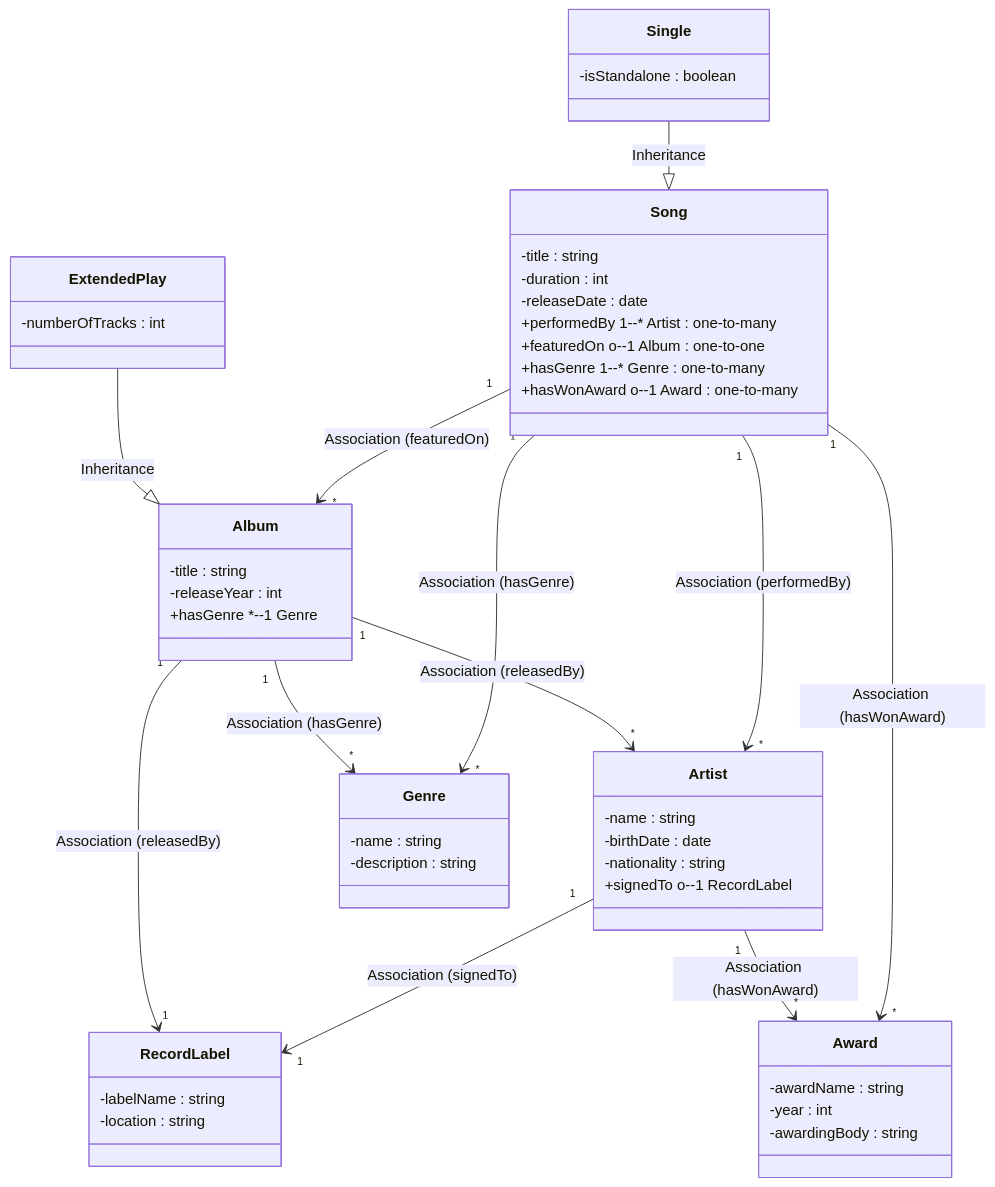
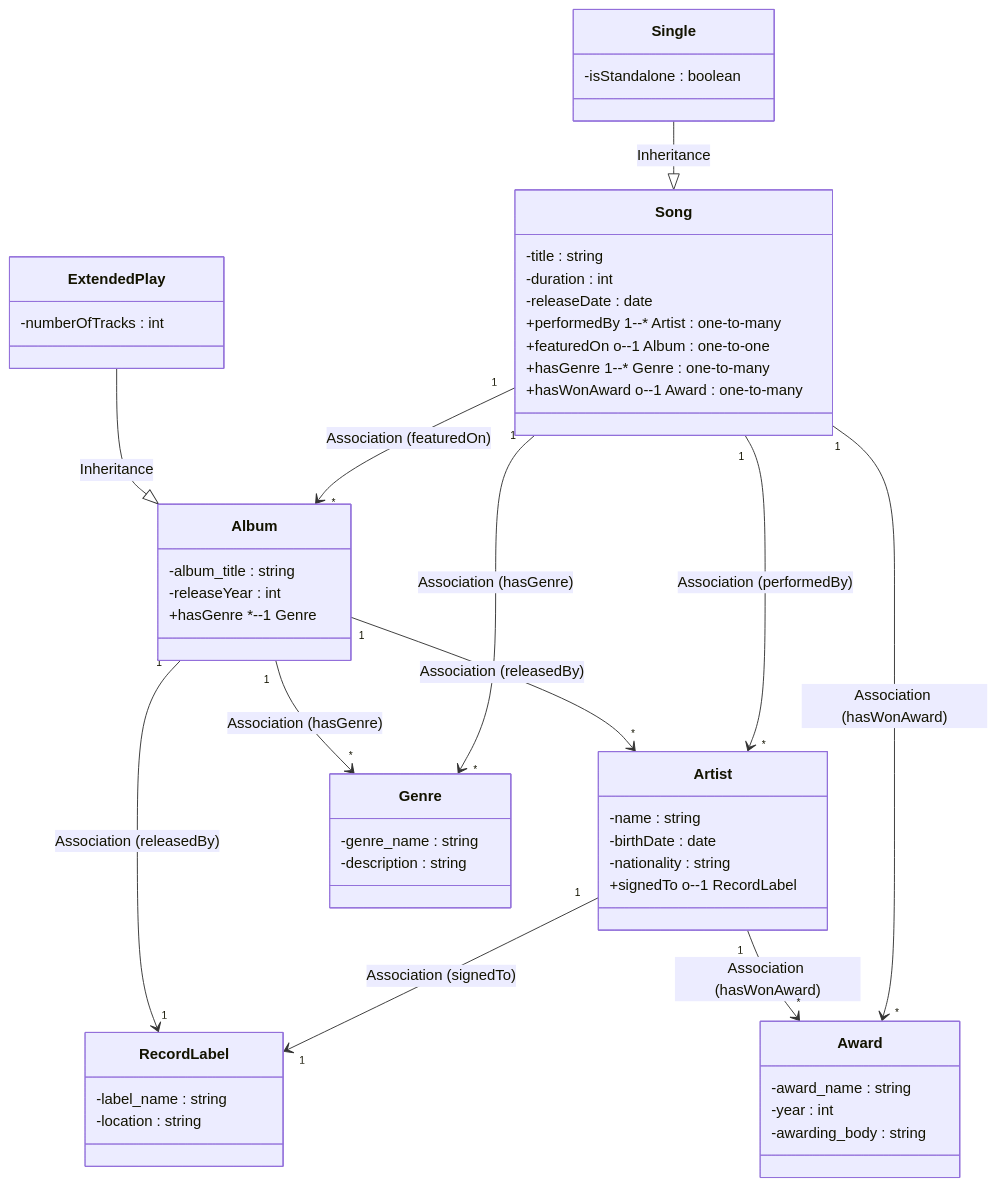
Before and after one commit to shauryashaurya/The-Silmaril: the first of 2 diagrams in o-02-Music/o02-structure.md, drawn with Mermaid. The commit also changed other lines of this file and 9 other files, not shown here.

````diff
--- a/o-02-Music/o02-structure.md
+++ b/o-02-Music/o02-structure.md
@@ -3,73 +3,73 @@
 ```mermaid                                                                              
 classDiagram                                                        
     class Song {                                                
 		%% Data Properties                                            
         -title : string                                                        
         -duration : int                                                        
         -releaseDate : date                                                
 		%% Object Properties                                            
         +performedBy 1--* Artist : one-to-many                                                        
         +featuredOn o--1 Album  : one-to-one                                                       
         +hasGenre 1--* Genre  : one-to-many                                                       
         +hasWonAward o--1 Award   : one-to-many                                                      
     }                                                        
                                                         
     class Artist {                                                        
 		%% Data Properties                                            
         -name : string                                                        
         -birthDate : date                                                        
         -nationality : string                                                        
 		%% Object Properties                                            
         +signedTo o--1 RecordLabel                                                        
     }                                                        
                                                         
     class Album {                                                        
 		%% Data Properties                                            
-        -title : string                                                        
+        -album_title : string                                                        
         -releaseYear : int                                                        
 		%% Object Properties                                            
         +hasGenre *--1 Genre                                                        
     }                                                        
                                                         
   class RecordLabel{                                                        
 		%% Data Properties                                            
-        -labelName : string                                                        
+        -label_name : string                                                        
         -location : string                                                        
   }                                                        
                                                         
     class Genre {                                                        
 		%% Data Properties                                            
-        -name : string                                                        
+        -genre_name : string                                                        
         -description : string                                                        
     }                                                        
                                                         
   class Award{                                                        
 		%% Data Properties                                            
-        -awardName : string                                                        
+        -award_name : string                                                        
         -year : int                                                        
-        -awardingBody : string                                                        
+        -awarding_body : string                                                        
   }                                                        
                                                         
   class Single{                                                        
 		%% Data Properties                                            
 		-isStandalone : boolean                                                        
   }                                                        
                                                         
   class ExtendedPlay{                                                        
 		%% Data Properties                                            
 		-numberOfTracks : int                                                        
   }                                                        
                                                         
     Song "1" --> "*" Artist : Association (performedBy)                                            
     Song "1" --> "*" Album : Association (featuredOn)                                            
     Song "1" --> "*" Genre : Association (hasGenre)                                            
     Song "1" --> "*" Award : Association (hasWonAward)                                            
     Artist "1" --> "1" RecordLabel : Association (signedTo)                                            
     Album "1" --> "*" Genre : Association (hasGenre)                                            
     Album "1" --> "*" Artist : Association (releasedBy)                                            
     Album "1" --> "1" RecordLabel : Association (releasedBy)                                            
     Artist "1" --> "*" Award : Association (hasWonAward)                                            
                                                 
     Single --|> Song : Inheritance                                            
     ExtendedPlay --|> Album : Inheritance                                                       
 ```                                                                 
````
